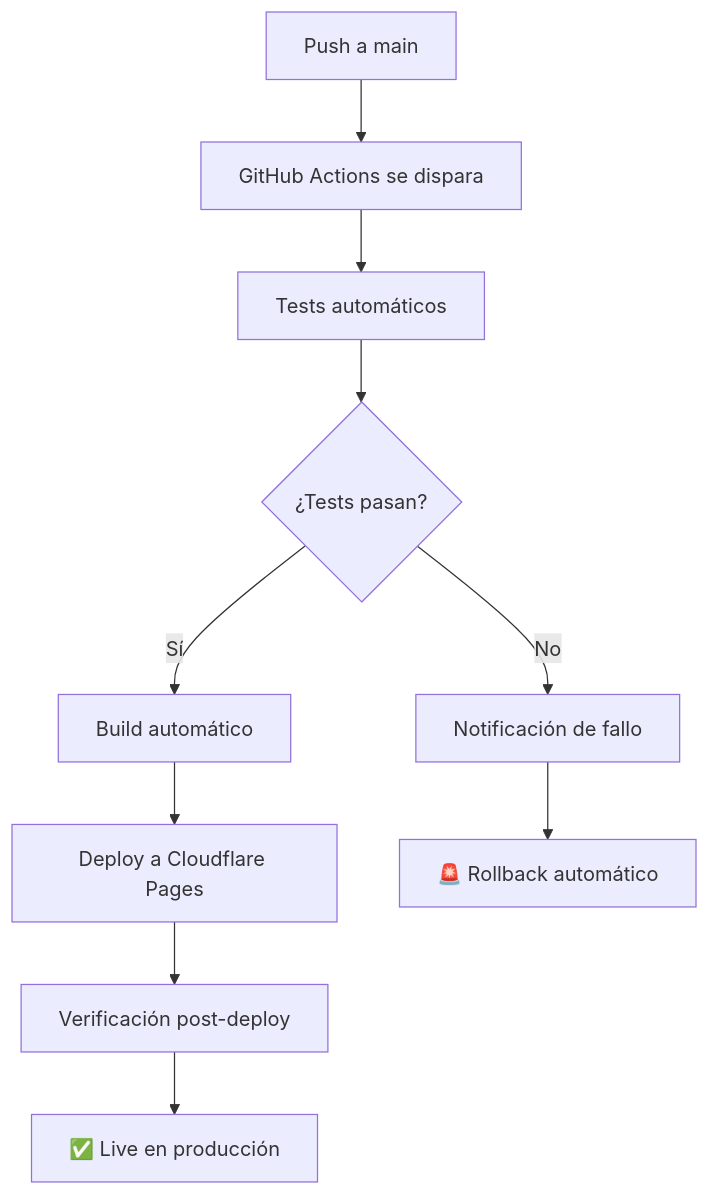
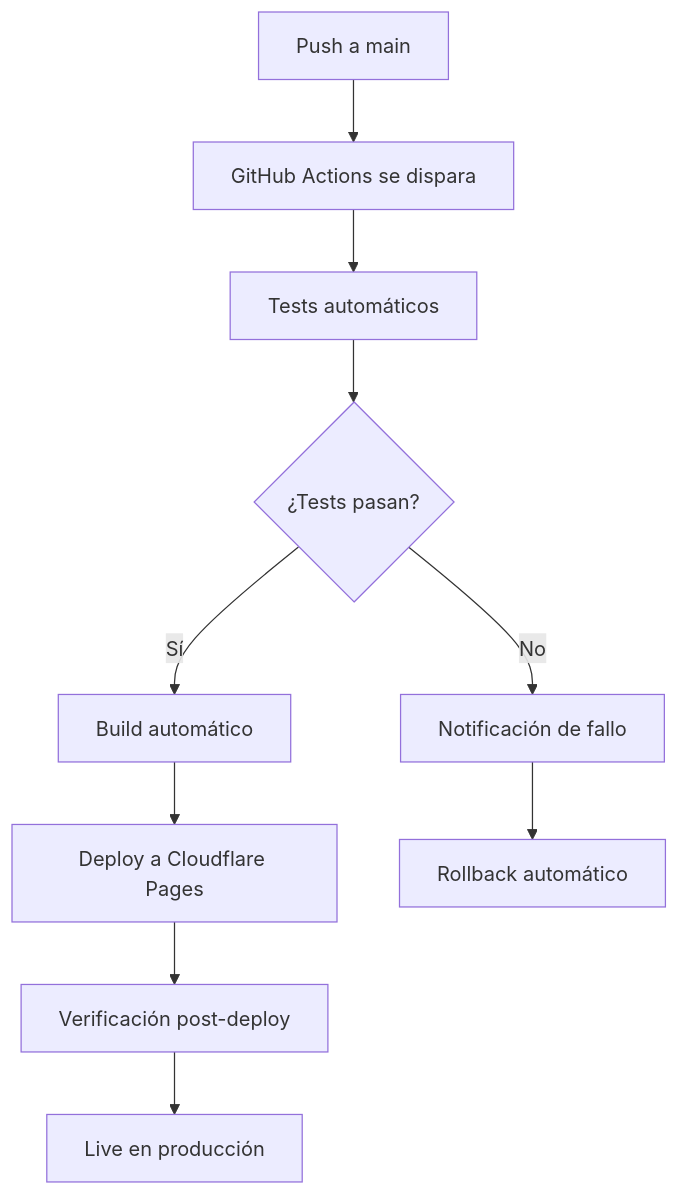
One commit to cappato/astro-blog changed the diagram in src/content/blog/auto-merge-inteligente-ux-control.md. Above: the diagram before and after it, drawn with Mermaid. The commit also changed other lines of this file and 73 other files, not shown here.

````diff
--- a/src/content/blog/auto-merge-inteligente-ux-control.md
+++ b/src/content/blog/auto-merge-inteligente-ux-control.md
@@ -53,12 +53,12 @@
 ```mermaid
 graph TD
     A[Push a main] --> B[GitHub Actions se dispara]
     B --> C[Tests automáticos]
     C --> D{¿Tests pasan?}
     D -->|Sí| E[Build automático]
     D -->|No| F[Notificación de fallo]
     E --> G[Deploy a Cloudflare Pages]
     G --> H[Verificación post-deploy]
-    H --> I[✅ Live en producción]
-    F --> J[🚨 Rollback automático]
+    H --> I[ Live en producción]
+    F --> J[ Rollback automático]
 ```
````
